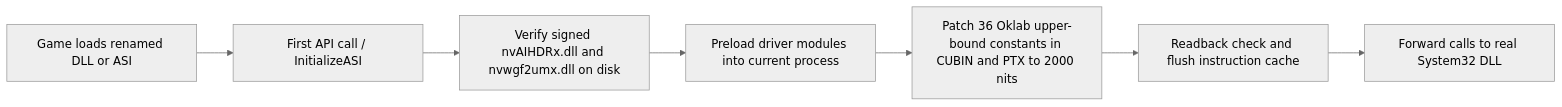
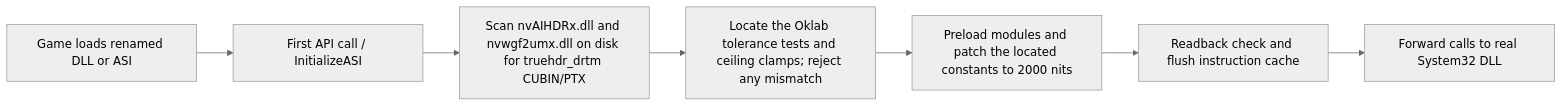
One commit to EdLovecraft/rtx-hdr-unlock changed the diagram in README.md. Above: the diagram before and after it, drawn with Mermaid (neutral theme). The commit also changed other lines of this file and 8 other files, not shown here.

First line of the commit message:
Locate RTX HDR kernels by content instead of pinning driver versions

````diff
--- a/README.md
+++ b/README.md
@@ -72,9 +72,9 @@
 ```mermaid
 flowchart LR
   A[Game loads renamed DLL or ASI] --> B[First API call / InitializeASI]
-  B --> C[Verify signed nvAIHDRx.dll and nvwgf2umx.dll on disk]
-  C --> D[Preload driver modules into current process]
-  D --> E[Patch 36 Oklab upper-bound constants in CUBIN and PTX to 2000 nits]
+  B --> C[Scan nvAIHDRx.dll and nvwgf2umx.dll on disk for truehdr_drtm CUBIN/PTX]
+  C --> D[Locate the Oklab tolerance tests and ceiling clamps; reject any mismatch]
+  D --> E[Preload modules and patch the located constants to 2000 nits]
   E --> F[Readback check and flush instruction cache]
   F --> G[Forward calls to real System32 DLL]
 ```
````
